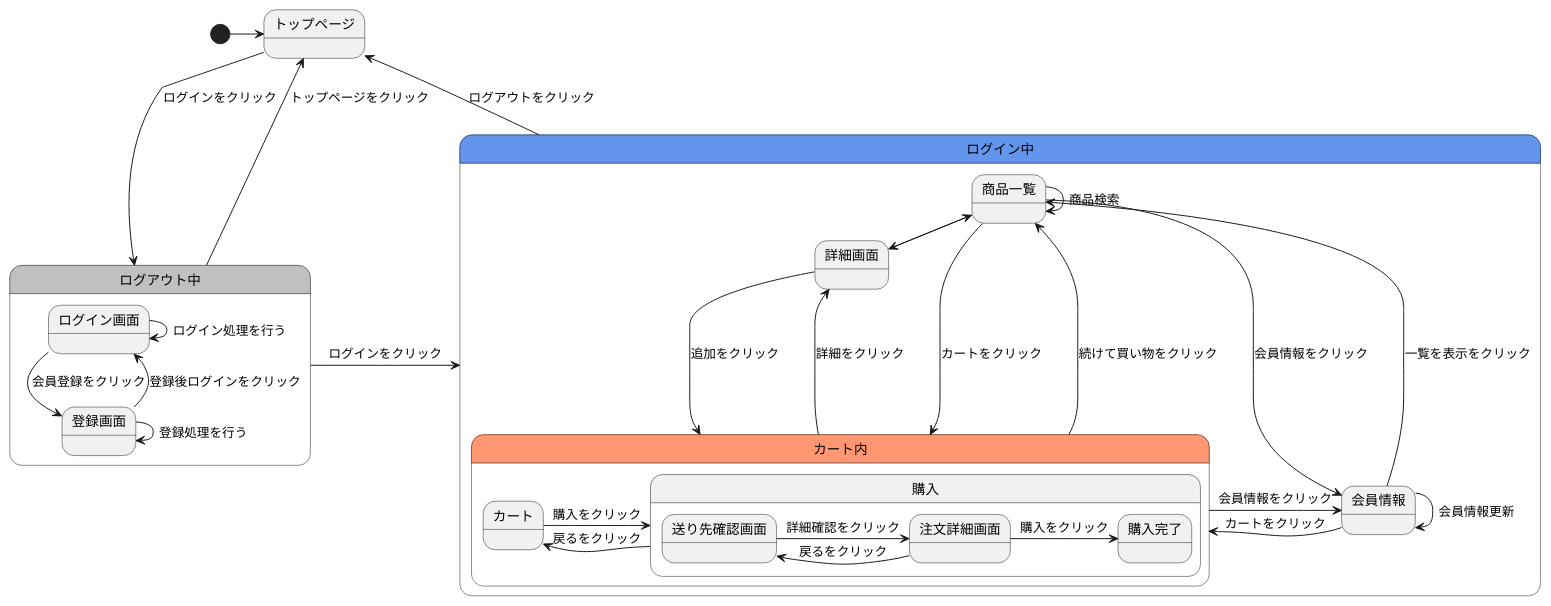
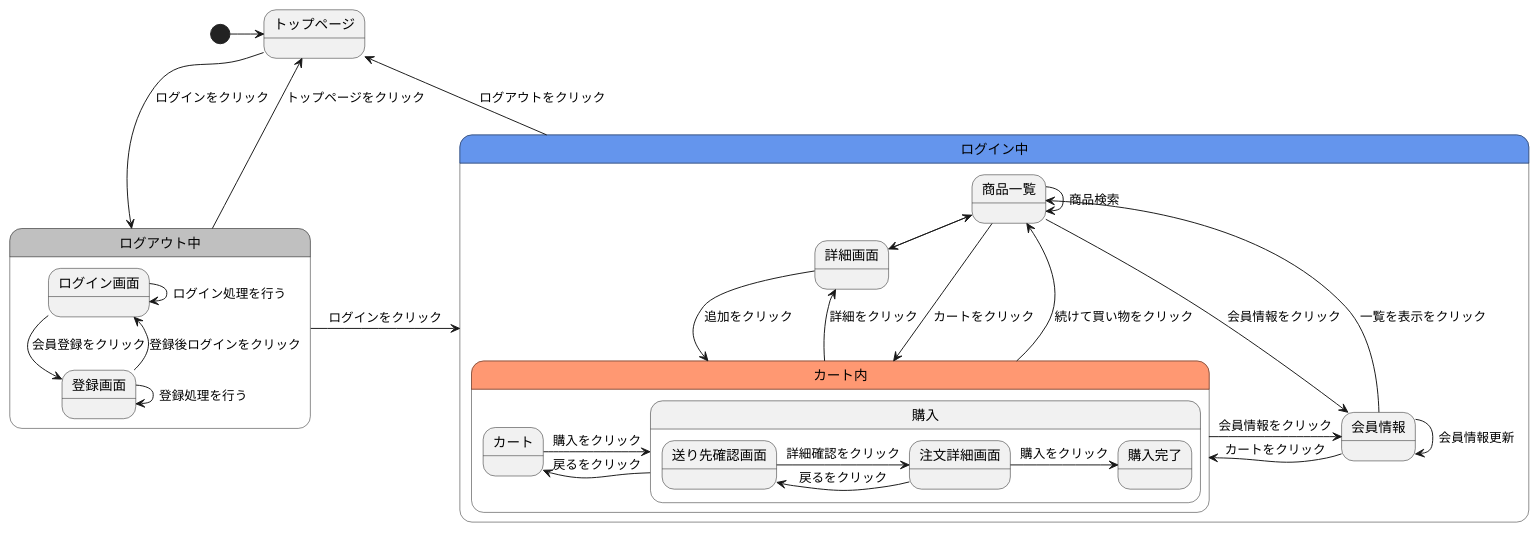
Before and after one commit to Aso2001409/2021sys-design: the diagram in gamen2.md, drawn with PlantUML.

````diff
--- a/gamen2.md
+++ b/gamen2.md
@@ -1,38 +1,38 @@
 ```uml
 @startuml
 [*]->トップページ
 トップページ-->ログアウト中 :ログインをクリック
 ログアウト中->トップページ :トップページをクリック
 ログイン中->トップページ : ログアウトをクリック
 state ログアウト中 #C0C0C0{
   ログイン画面-->登録画面 :会員登録をクリック
   ログイン画面->ログイン画面 :ログイン処理を行う
   登録画面->登録画面 :登録処理を行う
   登録画面--> ログイン画面 :登録後ログインをクリック
 }
 ログアウト中->ログイン中 :ログインをクリック
 state ログイン中 #6495ED{
   商品一覧->詳細画面 :画像をクリック
-  商品一覧----->カート内 :カートをクリック
+  商品一覧--->カート内 :カートをクリック
   商品一覧->会員情報 :会員情報をクリック
   商品一覧->商品一覧 :商品検索
   詳細画面->商品一覧 :戻るをクリック
-  詳細画面-->カート内 :追加をクリック
+  詳細画面->カート内 :追加をクリック
   会員情報->商品一覧 :一覧を表示をクリック
   会員情報->カート内 :カートをクリック
   会員情報->会員情報 :会員情報更新
   state カート内 #FF9872{
     カート->購入 :購入をクリック
     購入->カート :戻るをクリック
       state 購入{
       送り先確認画面->注文詳細画面 :詳細確認をクリック
       注文詳細画面->購入完了 :購入をクリック
       注文詳細画面->送り先確認画面 :戻るをクリック
       }
     }  
   カート内->商品一覧 :続けて買い物をクリック
   カート内->会員情報 :会員情報をクリック
   カート内->詳細画面 :詳細をクリック
   }
 @enduml
 ```
````
